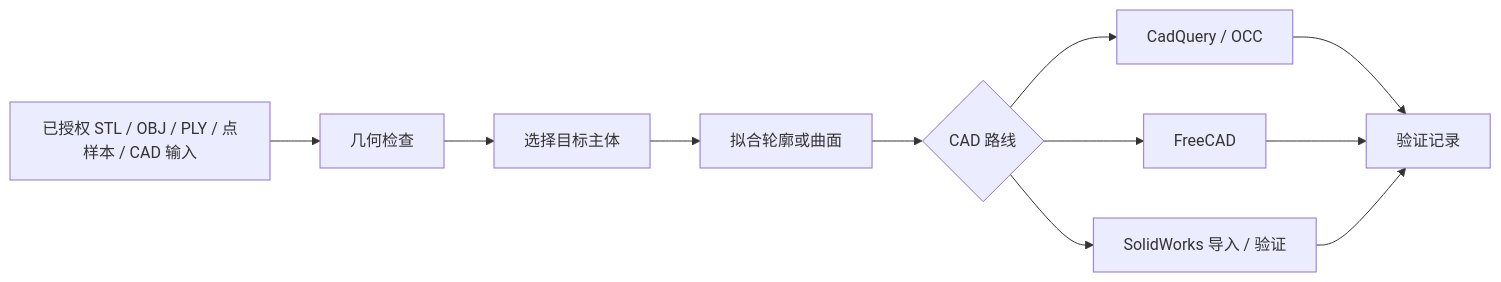
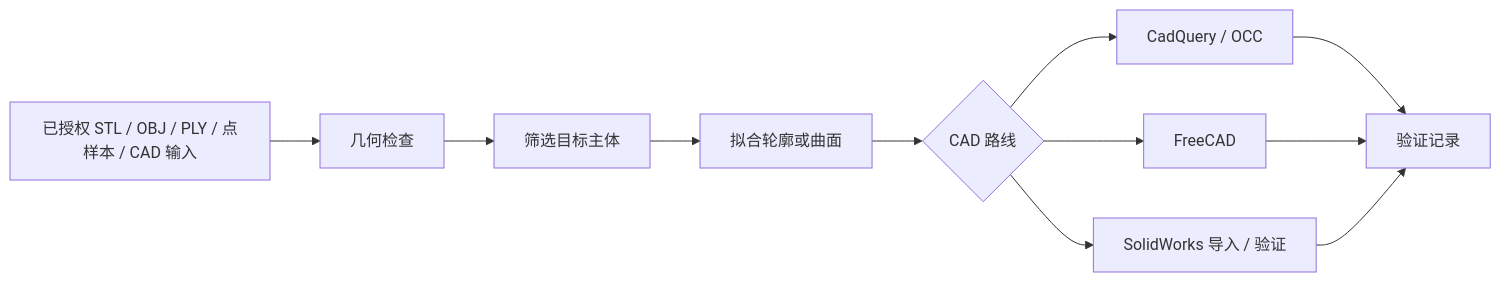
One commit to 18871379330/curved-surface-reconstruction changed the second of 2 diagrams in README.md. Above: the diagram before and after it, drawn with Mermaid. The commit also changed other lines of this file, not shown here.

````diff
--- a/README.md
+++ b/README.md
@@ -273,13 +273,13 @@
 ```mermaid
 graph LR
   A[已授权 STL / OBJ / PLY / 点样本 / CAD 输入] --> B[几何检查]
-  B --> C[选择目标主体]
+  B --> C[筛选目标主体]
   C --> D[拟合轮廓或曲面]
   D --> E{CAD 路线}
   E --> F[CadQuery / OCC]
   E --> G[FreeCAD]
   E --> H[SolidWorks 导入 / 验证]
   F --> I[验证记录]
   G --> I
   H --> I
 ```
````
